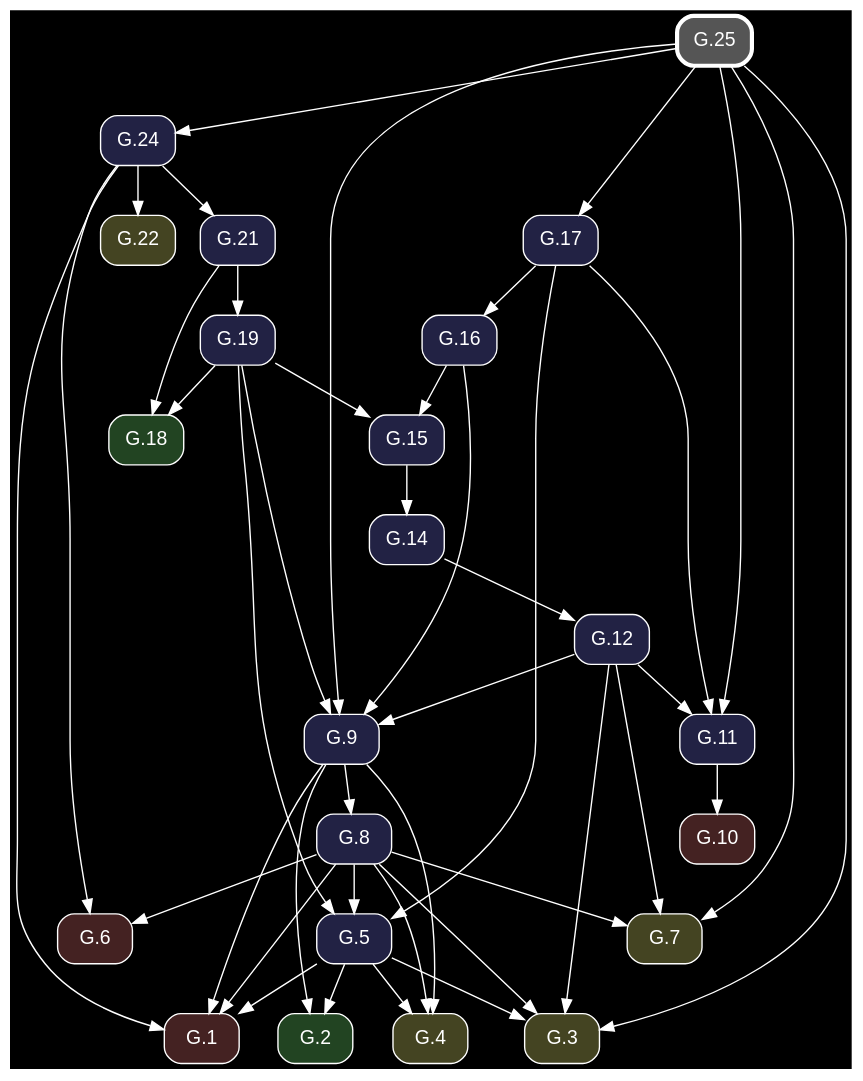
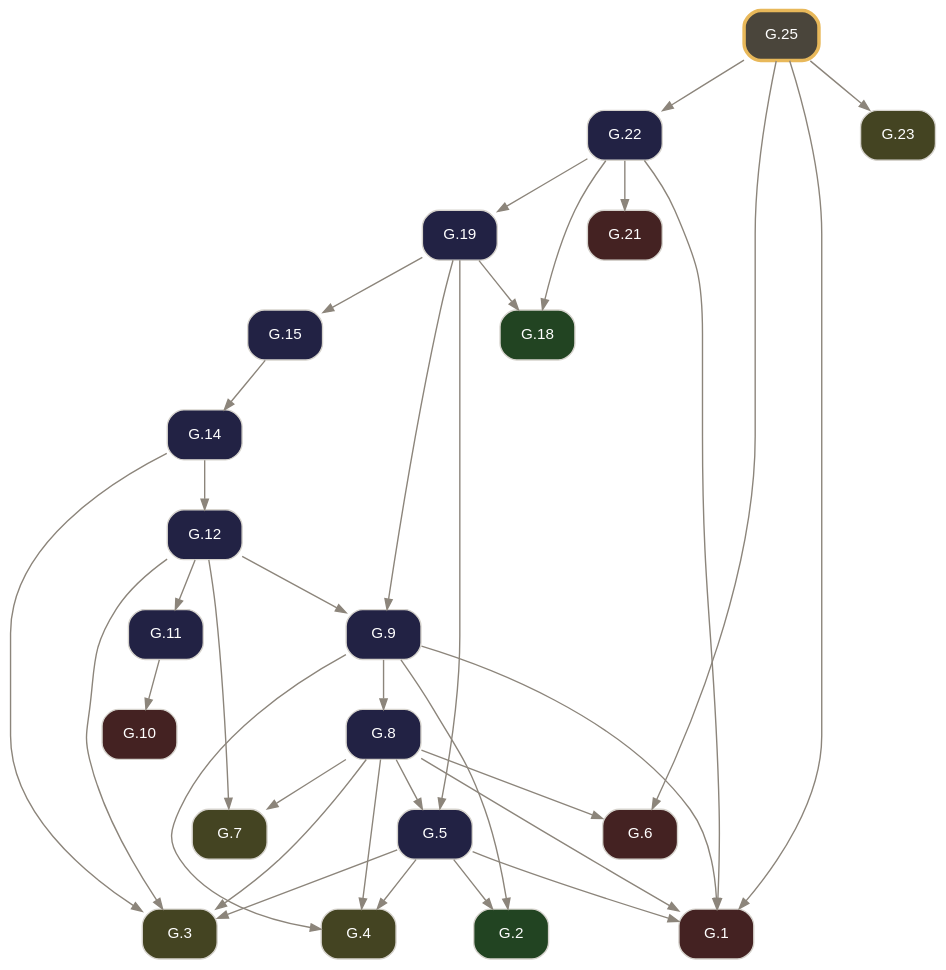
One commit to geometor/elements changed the diagram in docsrc/elements2/G.25/index.rst. Above: the diagram before and after it, drawn with Graphviz. The commit also changed other lines of this file and 261 other files, not shown here.

Commit message:
feat: rebuild Elements 2.0 G-Index pipeline from composed Euclid Heath edition (v0.3.0)

```diff
--- a/docsrc/elements2/G.25/index.rst
+++ b/docsrc/elements2/G.25/index.rst
@@ -87,72 +75,62 @@
 .. graphviz::
 
    digraph {
-     bgcolor="black";
-     node [shape=box, style="rounded,filled", fontname="Helvetica", color="white", fontcolor="white"];
-     edge [color="white", fontcolor="white"];
+     bgcolor="transparent";
+     node [shape=box, style="rounded,filled", fontname="Helvetica", fontsize=11, color="#d6d3cd", fontcolor="#ffffff"];
+     edge [color="#8c857b", fontcolor="#8c857b", arrowsize=0.75];
      rankdir="TB";
-     "G.6" [label="G.6", fillcolor="#442222", URL="/elements2/G.6/", target="_top"];
-     "G.19" [label="G.19", fillcolor="#222244", URL="/elements2/G.19/", target="_top"];
-     "G.24" [label="G.24", fillcolor="#222244", URL="/elements2/G.24/", target="_top"];
-     "G.21" [label="G.21", fillcolor="#222244", URL="/elements2/G.21/", target="_top"];
-     "G.10" [label="G.10", fillcolor="#442222", URL="/elements2/G.10/", target="_top"];
-     "G.7" [label="G.7", fillcolor="#444422", URL="/elements2/G.7/", target="_top"];
-     "G.17" [label="G.17", fillcolor="#222244", URL="/elements2/G.17/", target="_top"];
-     "G.3" [label="G.3", fillcolor="#444422", URL="/elements2/G.3/", target="_top"];
-     "G.15" [label="G.15", fillcolor="#222244", URL="/elements2/G.15/", target="_top"];
-     "G.5" [label="G.5", fillcolor="#222244", URL="/elements2/G.5/", target="_top"];
-     "G.1" [label="G.1", fillcolor="#442222", URL="/elements2/G.1/", target="_top"];
-     "G.2" [label="G.2", fillcolor="#224422", URL="/elements2/G.2/", target="_top"];
-     "G.12" [label="G.12", fillcolor="#222244", URL="/elements2/G.12/", target="_top"];
-     "G.22" [label="G.22", fillcolor="#444422", URL="/elements2/G.22/", target="_top"];
-     "G.14" [label="G.14", fillcolor="#222244", URL="/elements2/G.14/", target="_top"];
-     "G.8" [label="G.8", fillcolor="#222244", URL="/elements2/G.8/", target="_top"];
-     "G.9" [label="G.9", fillcolor="#222244", URL="/elements2/G.9/", target="_top"];
-     "G.25" [label="G.25", penwidth=3, color="white", fillcolor="#555555", URL="/elements2/G.25/", target="_top"];
-     "G.18" [label="G.18", fillcolor="#224422", URL="/elements2/G.18/", target="_top"];
-     "G.11" [label="G.11", fillcolor="#222244", URL="/elements2/G.11/", target="_top"];
-     "G.4" [label="G.4", fillcolor="#444422", URL="/elements2/G.4/", target="_top"];
-     "G.16" [label="G.16", fillcolor="#222244", URL="/elements2/G.16/", target="_top"];
-     "G.24" -> "G.6";
-     "G.8" -> "G.6";
-     "G.21" -> "G.19";
-     "G.25" -> "G.24";
-     "G.24" -> "G.21";
-     "G.11" -> "G.10";
-     "G.25" -> "G.7";
-     "G.8" -> "G.7";
-     "G.12" -> "G.7";
-     "G.25" -> "G.17";
+     "G.1" [label="G.1", tooltip="G.1 (I.cn.1)", fillcolor="#442222", URL="../G.1/index.html", target="_top"];
+     "G.2" [label="G.2", tooltip="G.2 (I.def.15)", fillcolor="#224422", URL="../G.2/index.html", target="_top"];
+     "G.3" [label="G.3", tooltip="G.3 (I.post.1)", fillcolor="#444422", URL="../G.3/index.html", target="_top"];
+     "G.4" [label="G.4", tooltip="G.4 (I.post.3)", fillcolor="#444422", URL="../G.4/index.html", target="_top"];
+     "G.5" [label="G.5", tooltip="G.5 (I.1)", fillcolor="#222244", URL="../G.5/index.html", target="_top"];
+     "G.6" [label="G.6", tooltip="G.6 (I.cn.3)", fillcolor="#442222", URL="../G.6/index.html", target="_top"];
+     "G.7" [label="G.7", tooltip="G.7 (I.post.2)", fillcolor="#444422", URL="../G.7/index.html", target="_top"];
+     "G.8" [label="G.8", tooltip="G.8 (I.2)", fillcolor="#222244", URL="../G.8/index.html", target="_top"];
+     "G.9" [label="G.9", tooltip="G.9 (I.3)", fillcolor="#222244", URL="../G.9/index.html", target="_top"];
+     "G.10" [label="G.10", tooltip="G.10 (I.cn.4)", fillcolor="#442222", URL="../G.10/index.html", target="_top"];
+     "G.11" [label="G.11", tooltip="G.11 (I.4)", fillcolor="#222244", URL="../G.11/index.html", target="_top"];
+     "G.12" [label="G.12", tooltip="G.12 (I.5)", fillcolor="#222244", URL="../G.12/index.html", target="_top"];
+     "G.14" [label="G.14", tooltip="G.14 (I.7)", fillcolor="#222244", URL="../G.14/index.html", target="_top"];
+     "G.15" [label="G.15", tooltip="G.15 (I.8)", fillcolor="#222244", URL="../G.15/index.html", target="_top"];
+     "G.18" [label="G.18", tooltip="G.18 (I.def.10)", fillcolor="#224422", URL="../G.18/index.html", target="_top"];
+     "G.19" [label="G.19", tooltip="G.19 (I.11)", fillcolor="#222244", URL="../G.19/index.html", target="_top"];
+     "G.21" [label="G.21", tooltip="G.21 (I.cn.2)", fillcolor="#442222", URL="../G.21/index.html", target="_top"];
+     "G.22" [label="G.22", tooltip="G.22 (I.13)", fillcolor="#222244", URL="../G.22/index.html", target="_top"];
+     "G.23" [label="G.23", tooltip="G.23 (I.post.4)", fillcolor="#444422", URL="../G.23/index.html", target="_top"];
+     "G.25" [label="G.25", tooltip="G.25 (I.15)", penwidth=2.5, color="#e8b85a", fillcolor="#4a453b", URL="index.html", target="_top"];
+     "G.5" -> "G.1";
+     "G.8" -> "G.1";
+     "G.9" -> "G.1";
+     "G.22" -> "G.1";
+     "G.25" -> "G.1";
+     "G.5" -> "G.2";
+     "G.9" -> "G.2";
      "G.5" -> "G.3";
-     "G.25" -> "G.3";
      "G.8" -> "G.3";
      "G.12" -> "G.3";
-     "G.19" -> "G.15";
-     "G.16" -> "G.15";
-     "G.19" -> "G.5";
-     "G.8" -> "G.5";
-     "G.17" -> "G.5";
-     "G.5" -> "G.1";
-     "G.24" -> "G.1";
-     "G.8" -> "G.1";
-     "G.9" -> "G.1";
-     "G.5" -> "G.2";
-     "G.9" -> "G.2";
-     "G.14" -> "G.12";
-     "G.24" -> "G.22";
-     "G.15" -> "G.14";
-     "G.9" -> "G.8";
-     "G.19" -> "G.9";
-     "G.25" -> "G.9";
-     "G.16" -> "G.9";
-     "G.12" -> "G.9";
-     "G.19" -> "G.18";
-     "G.21" -> "G.18";
-     "G.25" -> "G.11";
-     "G.17" -> "G.11";
-     "G.12" -> "G.11";
+     "G.14" -> "G.3";
      "G.5" -> "G.4";
      "G.8" -> "G.4";
      "G.9" -> "G.4";
-     "G.17" -> "G.16";
+     "G.8" -> "G.5";
+     "G.19" -> "G.5";
+     "G.8" -> "G.6";
+     "G.25" -> "G.6";
+     "G.8" -> "G.7";
+     "G.12" -> "G.7";
+     "G.9" -> "G.8";
+     "G.12" -> "G.9";
+     "G.19" -> "G.9";
+     "G.11" -> "G.10";
+     "G.12" -> "G.11";
+     "G.14" -> "G.12";
+     "G.15" -> "G.14";
+     "G.19" -> "G.15";
+     "G.19" -> "G.18";
+     "G.22" -> "G.18";
+     "G.22" -> "G.19";
+     "G.22" -> "G.21";
+     "G.25" -> "G.22";
+     "G.25" -> "G.23";
    }
```
